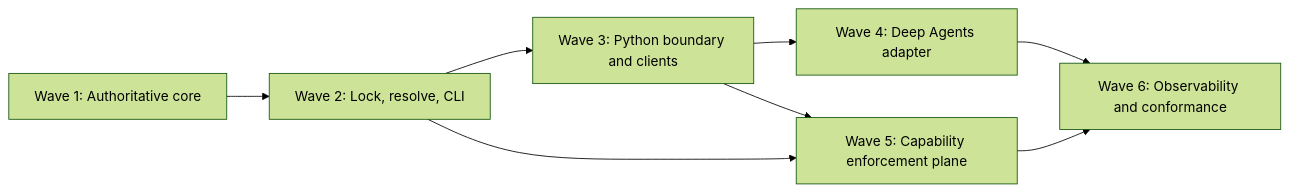
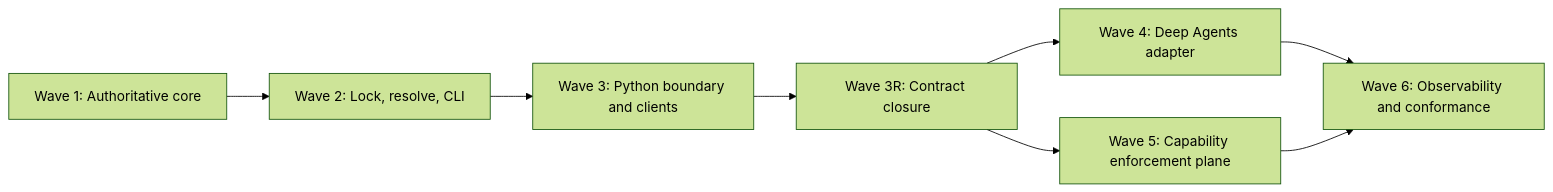
Before and after one commit to swiftdiaries/kiteframe: the diagram in docs/superpowers/plans/2026-07-25-kiteframe-v1-wave-roadmap.md, drawn with Mermaid (forest theme). The commit also changed other lines of this file and 7 other files, not shown here.

````diff
--- a/docs/superpowers/plans/2026-07-25-kiteframe-v1-wave-roadmap.md
+++ b/docs/superpowers/plans/2026-07-25-kiteframe-v1-wave-roadmap.md
@@ -30,10 +30,10 @@
 ```mermaid
 flowchart LR
     W1["Wave 1: Authoritative core"] --> W2["Wave 2: Lock, resolve, CLI"]
     W2 --> W3["Wave 3: Python boundary and clients"]
-    W3 --> W4["Wave 4: Deep Agents adapter"]
-    W2 --> W5["Wave 5: Capability enforcement plane"]
-    W3 --> W5
+    W3 --> W3R["Wave 3R: Contract closure"]
+    W3R --> W4["Wave 4: Deep Agents adapter"]
+    W3R --> W5["Wave 5: Capability enforcement plane"]
     W4 --> W6["Wave 6: Observability and conformance"]
     W5 --> W6
 ```
````
